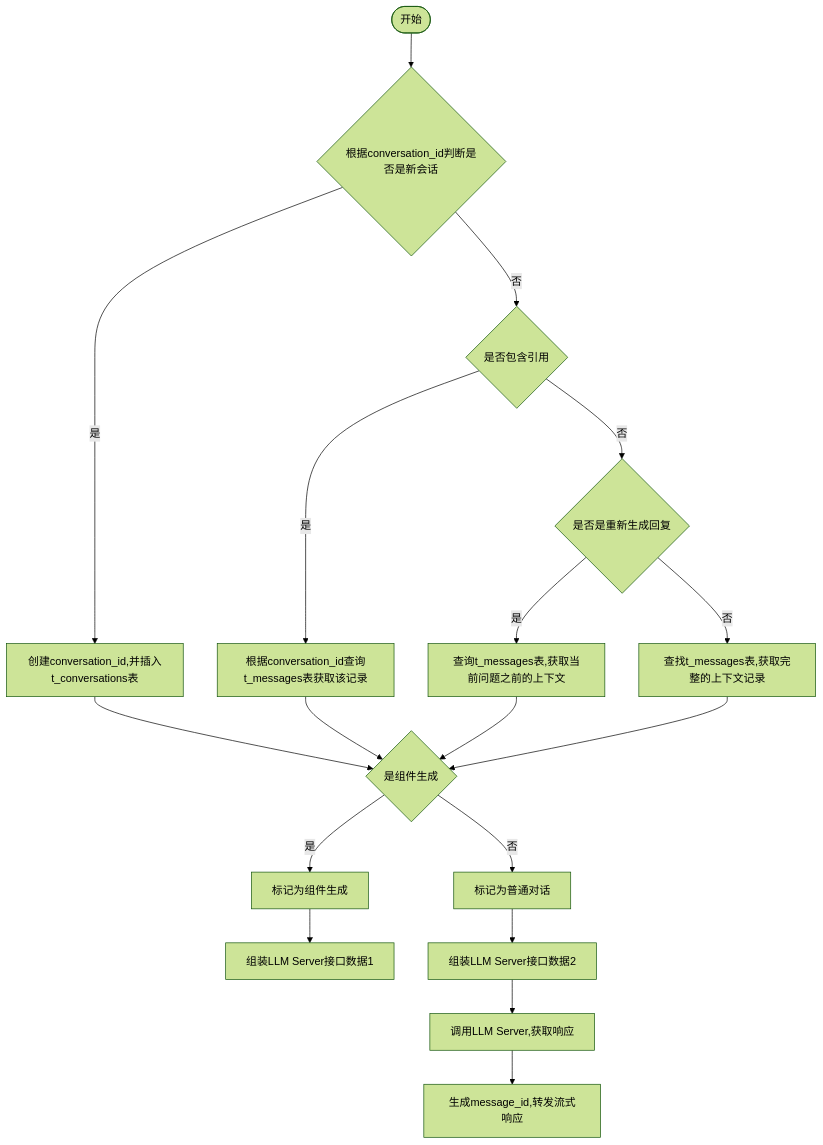
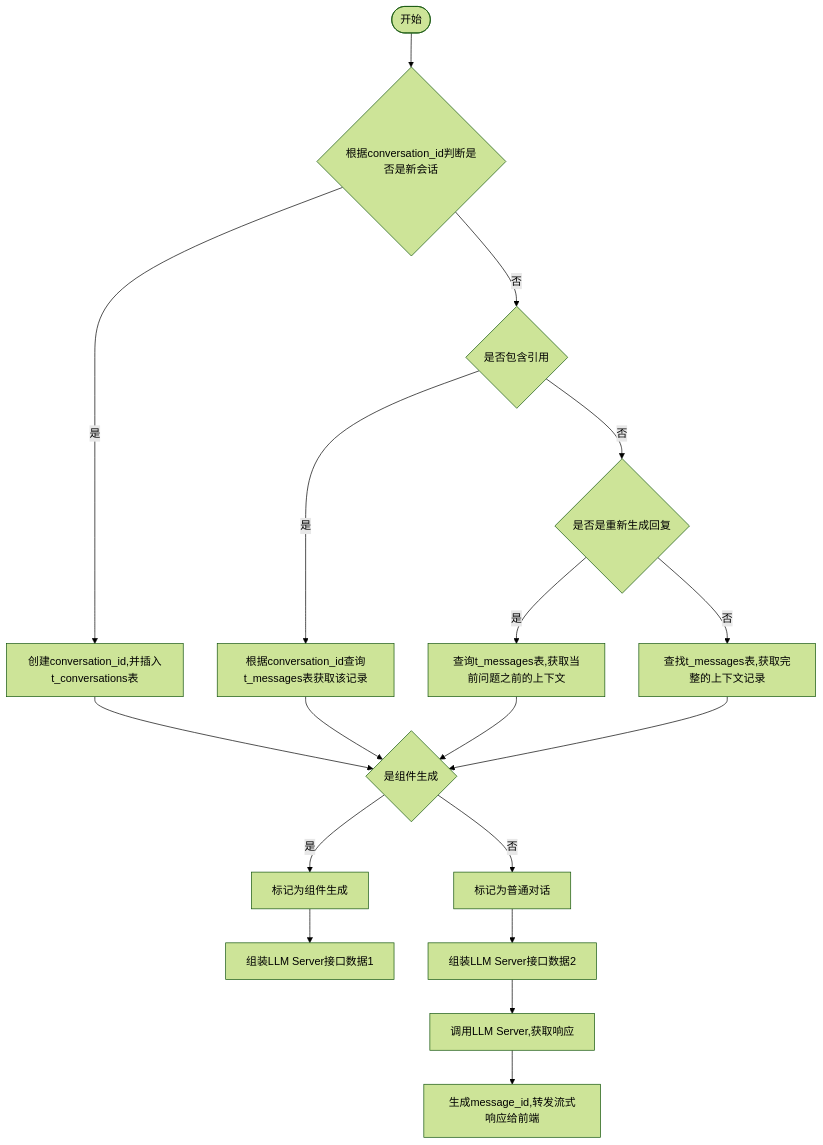
One commit to yingjianzh/iodraw-files changed the diagram in all/未命名-7.md. Above: the diagram before and after it, drawn with Mermaid (forest theme).

Commit message:
2024-10-12 14:31:36 update

````diff
--- a/all/未命名-7.md
+++ b/all/未命名-7.md
@@ -1,20 +1,21 @@
 ```mermaid
 flowchart TD
     A([开始]) --> B{根据conversation_id判断是否是新会话}
     B -- 是 --> C[创建conversation_id,并插入t_conversations表]
     B -- 否 --> D{是否包含引用}
     D -- 是 --> E[根据conversation_id查询t_messages表获取该记录]
     D -- 否 --> F{是否是重新生成回复}
     F -- 是 --> G[查询t_messages表,获取当前问题之前的上下文]
     F -- 否 --> H[查找t_messages表,获取完整的上下文记录]
      
     C & E & G & H --> I{是组件生成}
     I -- 是 --> J[标记为组件生成]
     I -- 否 --> K[标记为普通对话]
 
     J --> L[组装LLM Server接口数据1]    
     K --> M[组装LLM Server接口数据2]    
     M --> N[调用LLM Server,获取响应]    
-    N --> O[生成message_id,转发流式响应]
+    N --> O[生成message_id,转发流式响应给前端]
+    
 
 ```
````
